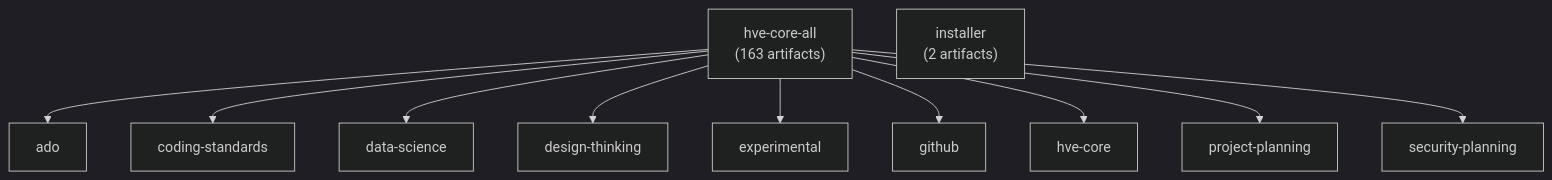
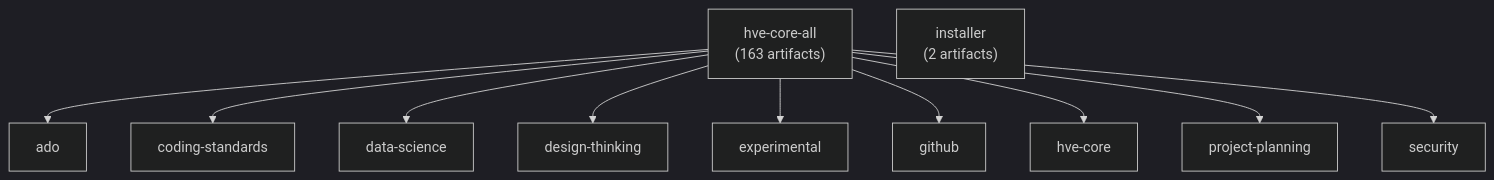
Before and after one commit to microsoft/hve-core: the diagram in docs/getting-started/collections.md, drawn with Mermaid (dark theme). The commit also changed other lines of this file and 8 other files, not shown here.

First line of the commit message:
docs: update indexes for project planning and security rename

````diff
--- a/docs/getting-started/collections.md
+++ b/docs/getting-started/collections.md
@@ -52,25 +52,25 @@
 ```mermaid
 graph TD
     HCA["hve-core-all<br/>(163 artifacts)"]
     INS["installer<br/>(2 artifacts)"]
 
     ADO["ado"]
     CS["coding-standards"]
     DS["data-science"]
     DT["design-thinking"]
     EXP["experimental"]
     GH["github"]
     HC["hve-core"]
     PP["project-planning"]
-    SP["security-planning"]
+    SP["security"]
 
     HCA --> ADO
     HCA --> CS
     HCA --> DS
     HCA --> DT
     HCA --> EXP
     HCA --> GH
     HCA --> HC
     HCA --> PP
     HCA --> SP
 ```
````
